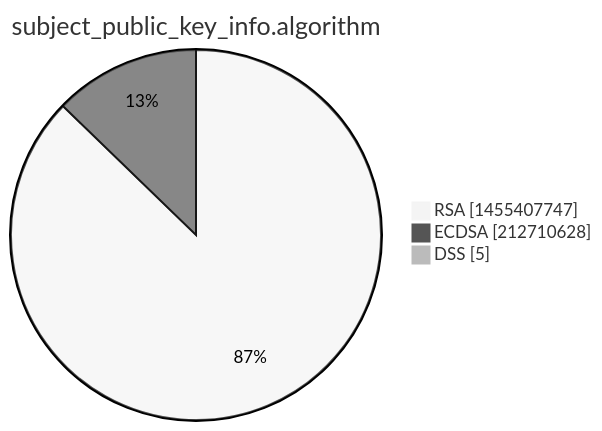
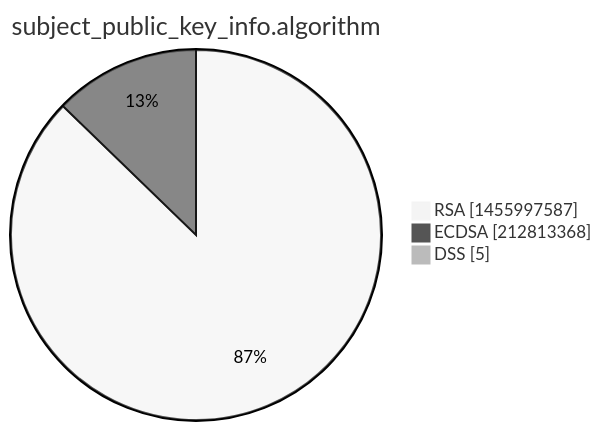
The third of 15 diagrams in xenon2022/README.md (christiankrug/ctmonitor_visualization), drawn with Mermaid (neutral theme) before and after one commit. The commit also changed other lines of this file, not shown here.

````diff
--- a/xenon2022/README.md
+++ b/xenon2022/README.md
@@ -14,7 +14,7 @@
 ```mermaid
 pie showData
 title subject_public_key_info.algorithm
-"RSA" :1455407747
-"ECDSA" :212710628
+"RSA" :1455997587
+"ECDSA" :212813368
 "DSS" :5
 ```
````
